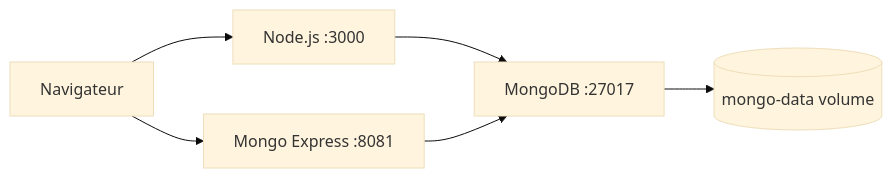
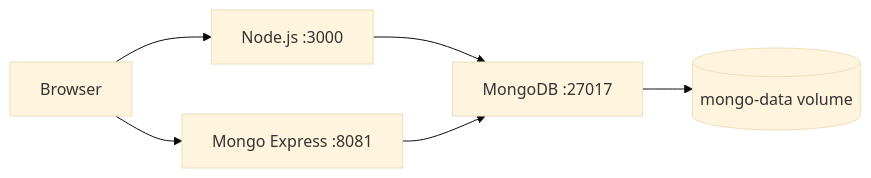
One commit to RustyHammer/docker-compose-stacks changed the diagram in node-mongo/README.md. Above: the diagram before and after it, drawn with Mermaid (base theme). The commit also changed other lines of this file and 2 other files, not shown here.

````diff
--- a/node-mongo/README.md
+++ b/node-mongo/README.md
@@ -25,8 +25,8 @@
 ```mermaid
 graph LR
-    U[Navigateur] --> A[Node.js :3000]
+    U[Browser] --> A[Node.js :3000]
     U --> ME[Mongo Express :8081]
     A --> M[MongoDB :27017]
     ME --> M
     M --> V[(mongo-data volume)]
 ```
````
